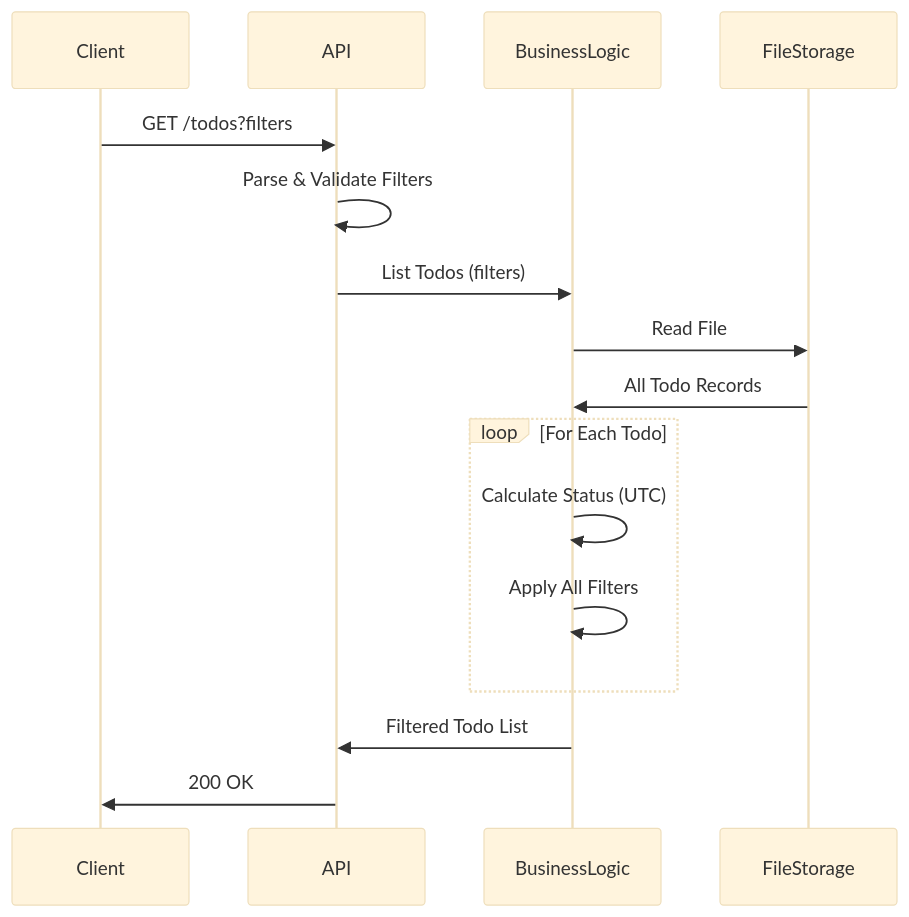
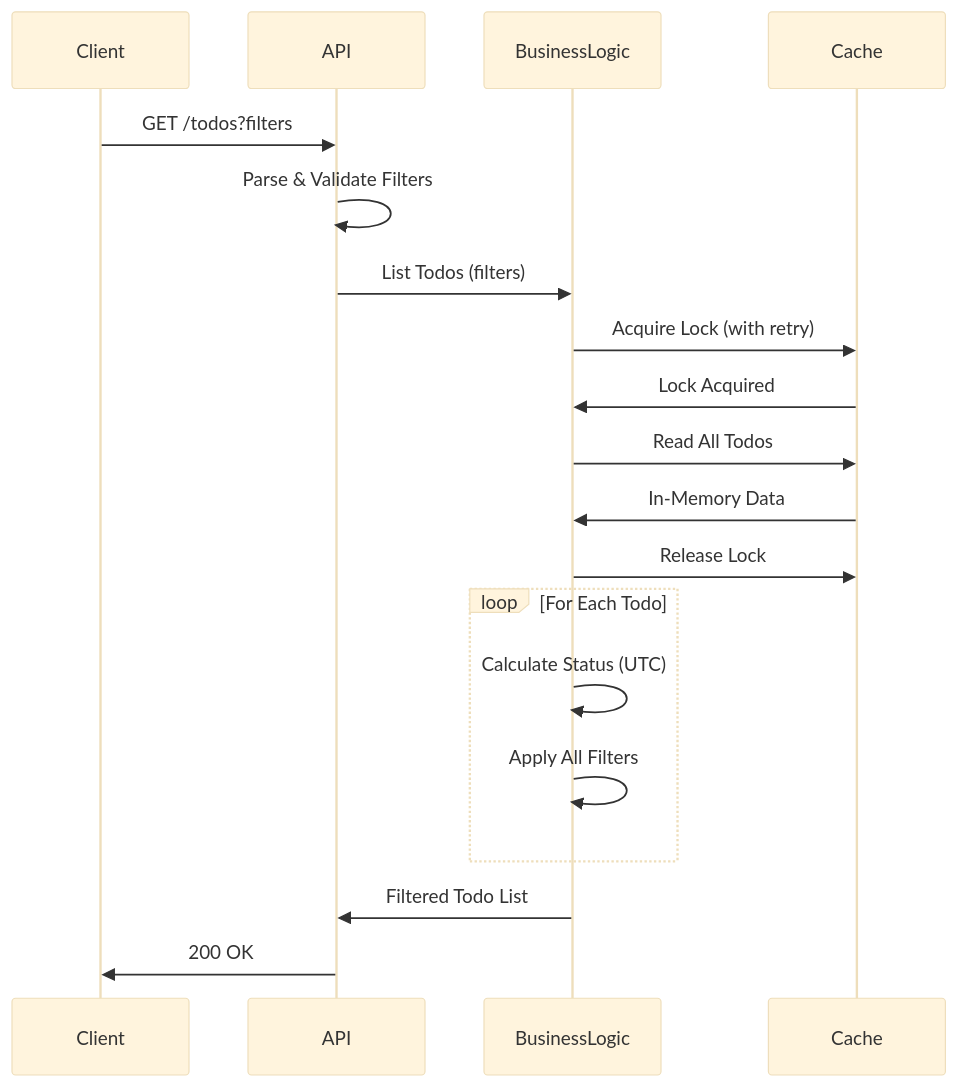
Before and after one commit to midearth-labs/web-agent-protocol: the ninth of 11 diagrams in todo-app/docs/design/hld.md, drawn with Mermaid (base theme). The commit also changed other lines of this file and 2 other files, not shown here.

````diff
--- a/todo-app/docs/design/hld.md
+++ b/todo-app/docs/design/hld.md
@@ -509,21 +547,24 @@
 ```mermaid
 sequenceDiagram
     participant Client
     participant API
     participant BusinessLogic
-    participant FileStorage
+    participant Cache
     
     Client->>API: GET /todos?filters
     API->>API: Parse & Validate Filters
     API->>BusinessLogic: List Todos (filters)
-    BusinessLogic->>FileStorage: Read File
-    FileStorage->>BusinessLogic: All Todo Records
+    BusinessLogic->>Cache: Acquire Lock (with retry)
+    Cache->>BusinessLogic: Lock Acquired
+    BusinessLogic->>Cache: Read All Todos
+    Cache->>BusinessLogic: In-Memory Data
+    BusinessLogic->>Cache: Release Lock
     
     loop For Each Todo
         BusinessLogic->>BusinessLogic: Calculate Status (UTC)
         BusinessLogic->>BusinessLogic: Apply All Filters
     end
     
     BusinessLogic->>API: Filtered Todo List
     API->>Client: 200 OK
 ```
````
